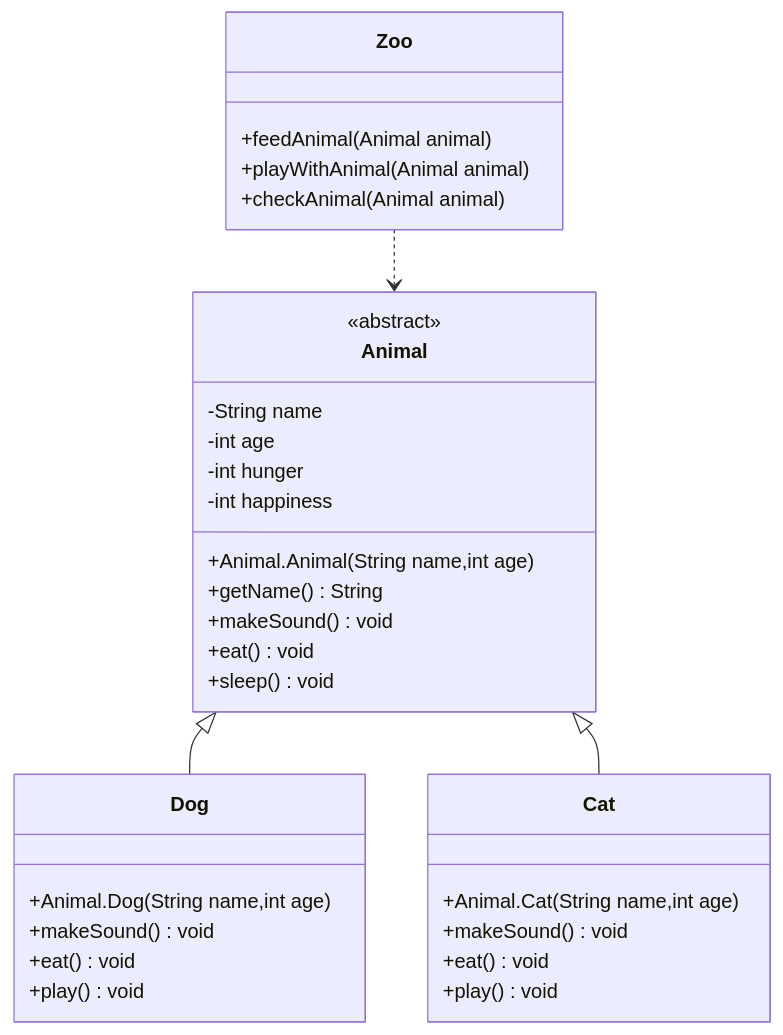
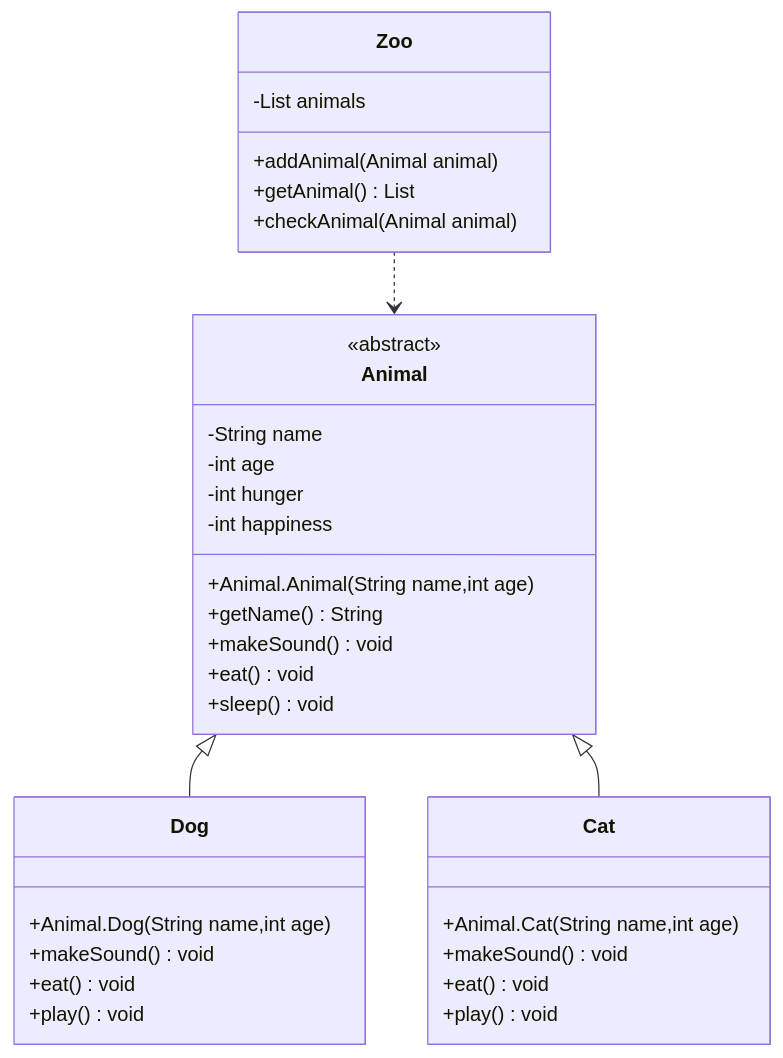
Before and after one commit to oHAHOo/animalManageSystem: the diagram in ClassDiagram.md, drawn with Mermaid.

Commit message:
클래스 관계도

````diff
--- a/ClassDiagram.md
+++ b/ClassDiagram.md
@@ -1,40 +1,41 @@
 ```mermaid
     classDiagram
         class Animal{   
             <<abstract>>
             -String name
             -int age
             -int hunger
             -int happiness
             +Animal.Animal(String name,int age)
             +getName() String
             +makeSound() void
             +eat() void
             +sleep() void            
         }
         
         class Dog{
             +Animal.Dog(String name,int age)
             +makeSound() void           
             +eat() void
             +play() void
         }
         Animal <|-- Dog
         
         class Cat{
             +Animal.Cat(String name,int age)
             +makeSound() void
             +eat() void
             +play() void
         }
         Animal <|-- Cat
         
         class Zoo{
-            +feedAnimal(Animal animal)
-            +playWithAnimal(Animal animal)
+            -List<Animal> animals
+            +addAnimal(Animal animal)
+            +getAnimal() List<Animal>
             +checkAnimal(Animal animal)             
         }
         Zoo ..> Animal
         
 
 ```
````
